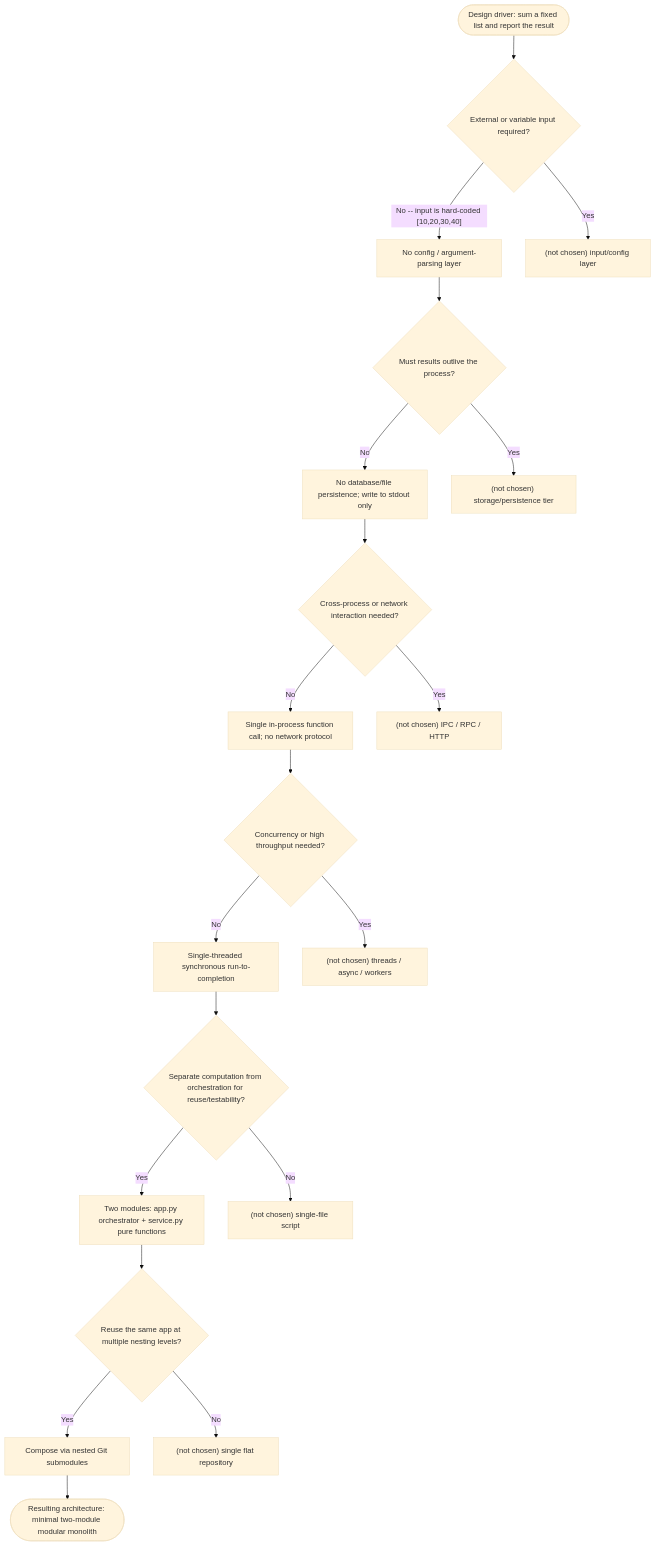
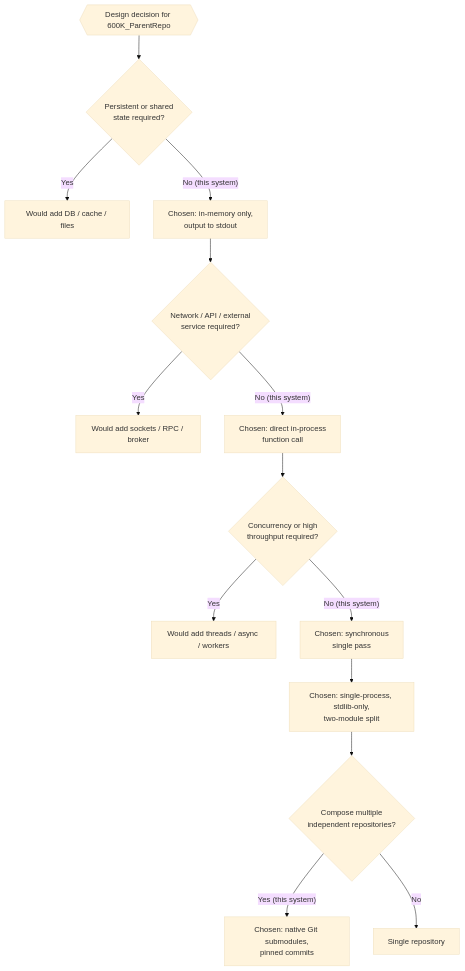
Diagram 18 of 43 in blitzy/documentation/Technical Specifications.md (lakshya-blitzy/600K_ParentRepo), drawn with Mermaid (base theme) before and after one commit. The commit also changed other lines of this file, not shown here.

````diff
--- a/blitzy/documentation/Technical Specifications.md
+++ b/blitzy/documentation/Technical Specifications.md
@@ -1479,23 +1546,33 @@
 ```mermaid
 flowchart TD
-    Start(["Design driver: sum a fixed list and report the result"])
-    Start --> Q1{"External or variable input required?"}
-    Q1 -->|"No -- input is hard-coded [10,20,30,40]"| D1["No config / argument-parsing layer"]
-    Q1 -->|"Yes"| A1["(not chosen) input/config layer"]
-    D1 --> Q2{"Must results outlive the process?"}
-    Q2 -->|"No"| D2["No database/file persistence; write to stdout only"]
-    Q2 -->|"Yes"| A2["(not chosen) storage/persistence tier"]
-    D2 --> Q3{"Cross-process or network interaction needed?"}
-    Q3 -->|"No"| D3["Single in-process function call; no network protocol"]
-    Q3 -->|"Yes"| A3["(not chosen) IPC / RPC / HTTP"]
-    D3 --> Q4{"Concurrency or high throughput needed?"}
-    Q4 -->|"No"| D4["Single-threaded synchronous run-to-completion"]
-    Q4 -->|"Yes"| A4["(not chosen) threads / async / workers"]
-    D4 --> Q5{"Separate computation from orchestration for reuse/testability?"}
-    Q5 -->|"Yes"| D5["Two modules: app.py orchestrator + service.py pure functions"]
-    Q5 -->|"No"| A5["(not chosen) single-file script"]
-    D5 --> Q6{"Reuse the same app at multiple nesting levels?"}
-    Q6 -->|"Yes"| D6["Compose via nested Git submodules"]
-    Q6 -->|"No"| A6["(not chosen) single flat repository"]
-    D6 --> End(["Resulting architecture: minimal two-module modular monolith"])
+    Start{{"Design decision for 600K_ParentRepo"}}
+    Q1{"Persistent or shared<br/>state required?"}
+    Q2{"Network / API / external<br/>service required?"}
+    Q3{"Concurrency or high<br/>throughput required?"}
+    Q4{"Compose multiple<br/>independent repositories?"}
+
+    A1["Would add DB / cache / files"]
+    A2["Would add sockets / RPC / broker"]
+    A3["Would add threads / async / workers"]
+
+    NoStore["Chosen: in-memory only,<br/>output to stdout"]
+    NoNet["Chosen: direct in-process<br/>function call"]
+    NoConc["Chosen: synchronous<br/>single pass"]
+    Mono["Chosen: single-process, stdlib-only,<br/>two-module split"]
+    Sub["Chosen: native Git submodules,<br/>pinned commits"]
+    Single["Single repository"]
+
+    Start --> Q1
+    Q1 -->|Yes| A1
+    Q1 -->|"No (this system)"| NoStore
+    NoStore --> Q2
+    Q2 -->|Yes| A2
+    Q2 -->|"No (this system)"| NoNet
+    NoNet --> Q3
+    Q3 -->|Yes| A3
+    Q3 -->|"No (this system)"| NoConc
+    NoConc --> Mono
+    Mono --> Q4
+    Q4 -->|"Yes (this system)"| Sub
+    Q4 -->|No| Single
 ```
````
